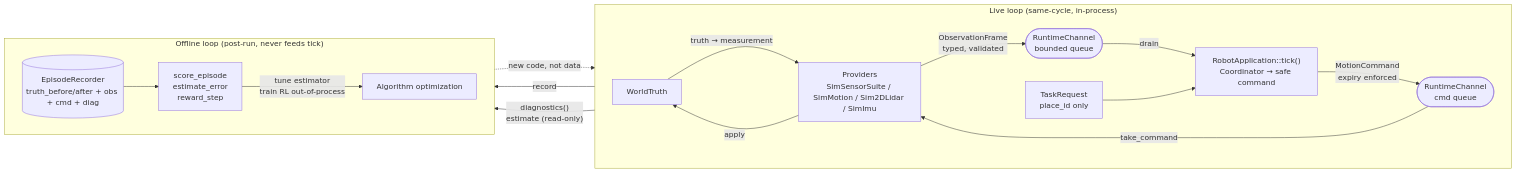
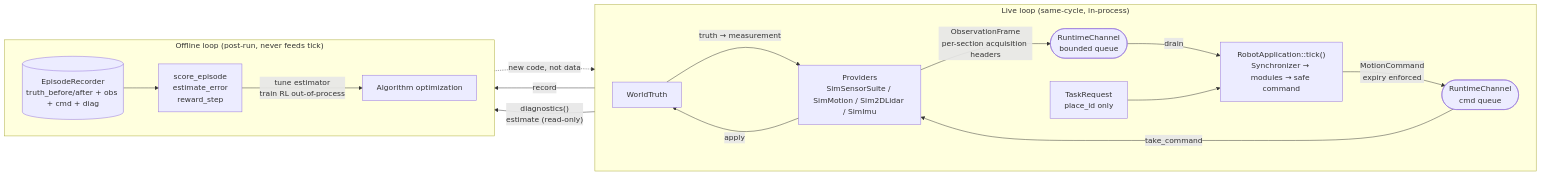
The second of 6 diagrams in docs/system-overview.md (Robin-1978/lost-signal), drawn with Mermaid before and after one commit. The commit also changed other lines of this file and 45 other files, not shown here.

````diff
--- a/docs/system-overview.md
+++ b/docs/system-overview.md
@@ -64,21 +64,21 @@
 ```mermaid
 flowchart LR
   subgraph Live["Live loop (same-cycle, in-process)"]
     direction LR
     W["WorldTruth"] -->|"truth → measurement"| P["Providers<br/>SimSensorSuite / SimMotion / Sim2DLidar / SimImu"]
-    P -->|"ObservationFrame<br/>typed, validated"| Ch(["RuntimeChannel<br/>bounded queue"])
-    Ch -->|"drain"| A["RobotApplication::tick()<br/>Coordinator → safe command"]
+ P -->|"ObservationFrame<br/>per-section acquisition headers"| Ch(["RuntimeChannel<br/>bounded queue"])
+ Ch -->|"drain"| A["RobotApplication::tick()<br/>Synchronizer → modules → safe command"]
     A -->|"MotionCommand<br/>expiry enforced"| Ch2(["RuntimeChannel<br/>cmd queue"])
     Ch2 -->|"take_command"| P
     P -->|"apply"| W
     T["TaskRequest<br/>place_id only"] --> A
   end
   subgraph Offline["Offline loop (post-run, never feeds tick)"]
     direction LR
     W -->|"record"| Rec[("EpisodeRecorder<br/>truth_before/after + obs + cmd + diag")]
     A -->|"diagnostics()<br/>estimate (read-only)"| Rec
     Rec --> S["score_episode<br/>estimate_error<br/>reward_step"]
     S -->|"tune estimator<br/>train RL out-of-process"| Opt["Algorithm optimization"]
     Opt -.->|"new code, not data"| A
   end
 ```
````
